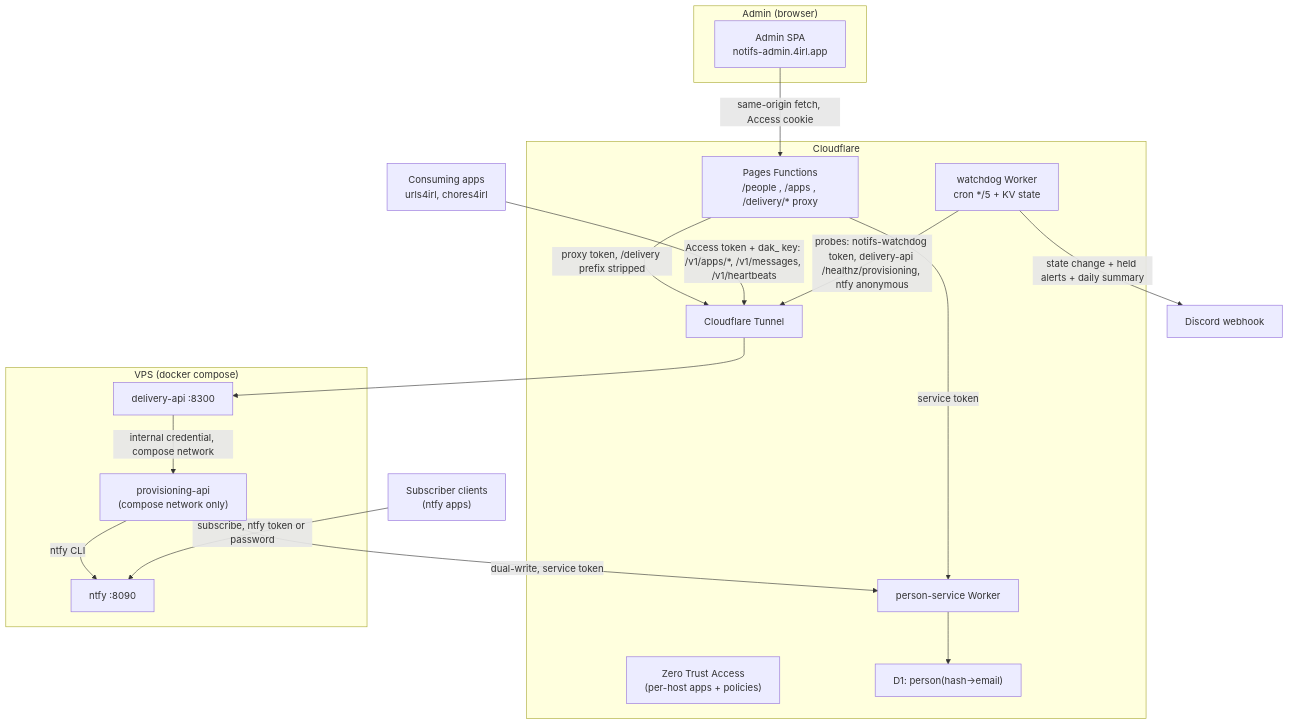
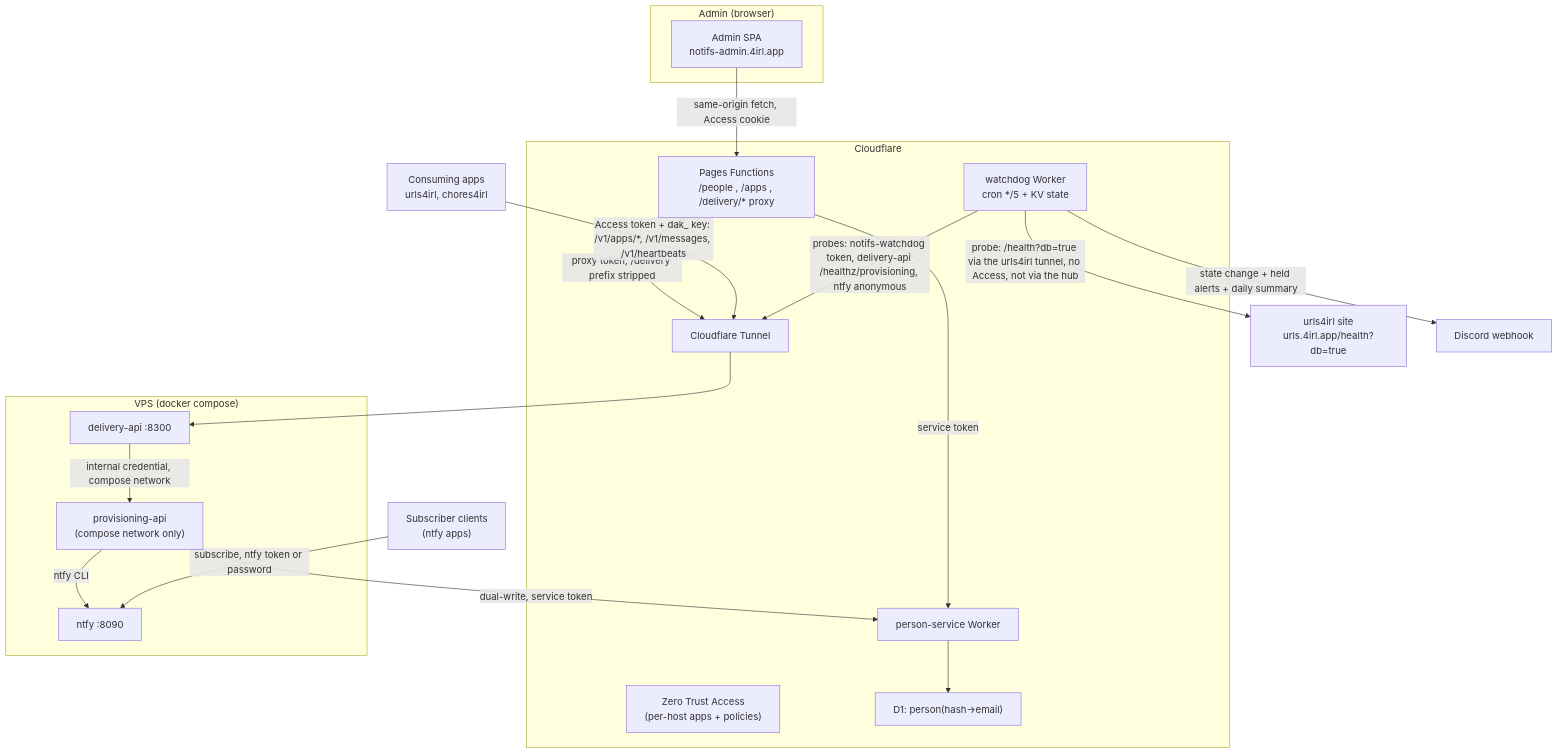
One commit to 4IRL/4irl-notifs changed the first of 4 diagrams in ARCHITECTURE.md. Above: the diagram before and after it, drawn with Mermaid. The commit also changed other lines of this file and 5 other files, not shown here.

First line of the commit message:
feat(watchdog): add urls4irl watchdog-deploy/tail targets and docs

````diff
--- a/ARCHITECTURE.md
+++ b/ARCHITECTURE.md
@@ -478,32 +478,34 @@
 ```mermaid
 graph TD
   subgraph Browser["Admin (browser)"]
     SPA["Admin SPA<br/>notifs-admin.4irl.app"]
   end
   subgraph CF["Cloudflare"]
     ACC["Zero Trust Access<br/>(per-host apps + policies)"]
     FN["Pages Functions<br/>/people , /apps , /delivery/* proxy"]
     WORKER["person-service Worker"]
     D1["D1: person(hash→email)"]
     TUN["Cloudflare Tunnel"]
     WD["watchdog Worker<br/>cron */5 + KV state"]
   end
   subgraph VPS["VPS (docker compose)"]
     API["provisioning-api<br/>(compose network only)"]
     NTFY["ntfy :8090"]
     DLV["delivery-api :8300"]
   end
   APPS["Consuming apps<br/>urls4irl, chores4irl"]
+  U4I["urls4irl site<br/>urls.4irl.app/health?db=true"]
   CLIENTS["Subscriber clients<br/>(ntfy apps)"]
 
   SPA -->|same-origin fetch, Access cookie| FN
   FN -->|"proxy token, /delivery prefix stripped"| TUN --> DLV
   FN -->|service token| WORKER --> D1
   DLV -->|internal credential, compose network| API
   API -->|ntfy CLI| NTFY
   API -->|dual-write, service token| WORKER
   APPS -->|"Access token + dak_ key: /v1/apps/*, /v1/messages, /v1/heartbeats"| TUN
   CLIENTS -->|subscribe, ntfy token or password| NTFY
   WD -->|"probes: notifs-watchdog token, delivery-api /healthz/provisioning, ntfy anonymous"| TUN
+  WD -->|"probe: /health?db=true via the urls4irl tunnel, no Access, not via the hub"| U4I
   WD -->|state change + held alerts + daily summary| DISCORD["Discord webhook"]
 ```
````
